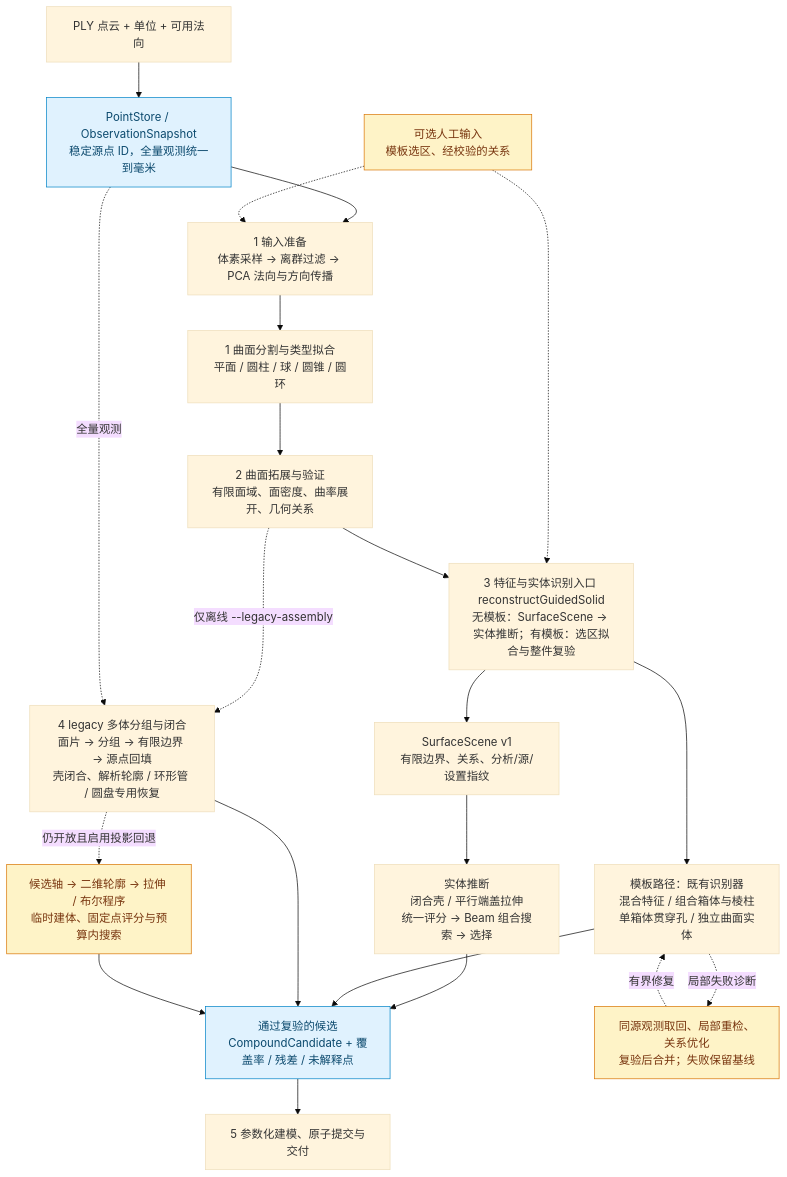
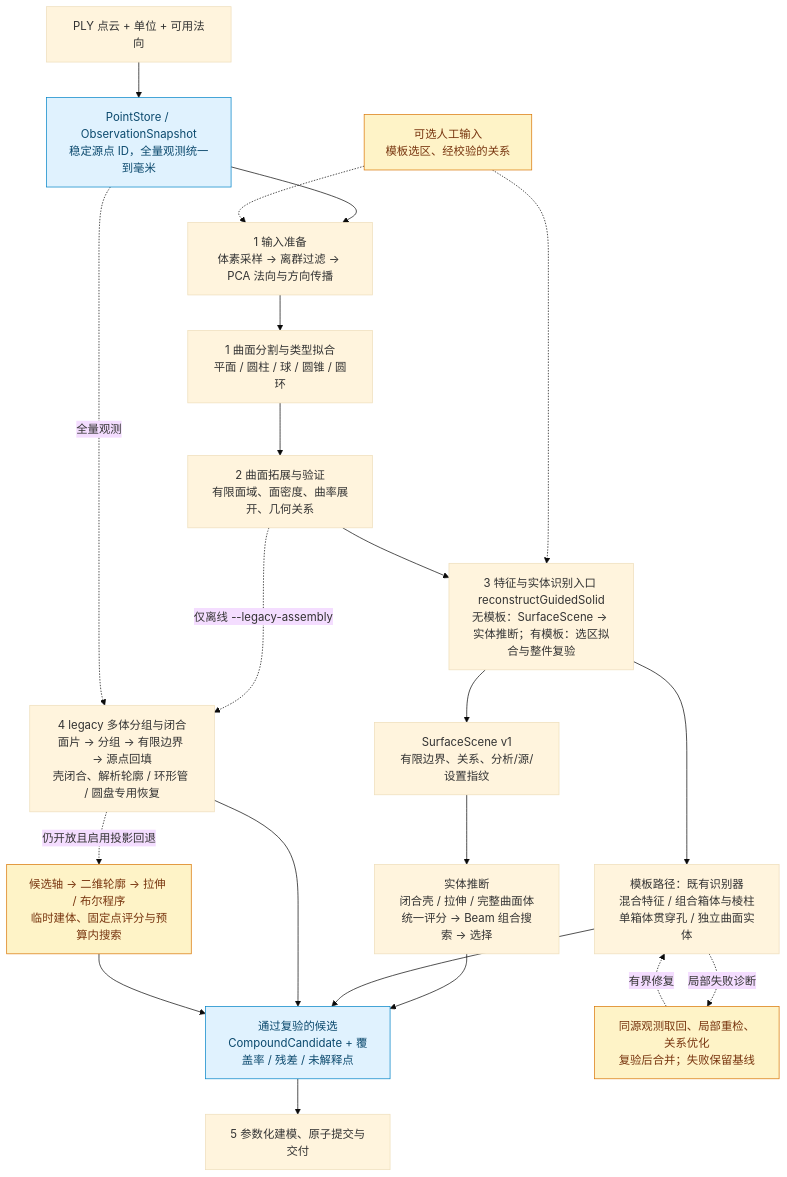
The third of 4 diagrams in docs/site/getting-started/introduction.md (ghhufue/Bochu-ParamCAD), drawn with Mermaid (base theme) before and after one commit. The commit also changed other lines of this file and 14 other files, not shown here.

````diff
--- a/docs/site/getting-started/introduction.md
+++ b/docs/site/getting-started/introduction.md
@@ -107,29 +107,29 @@
 ```mermaid
 flowchart TB
     PLY["PLY 点云 + 单位 + 可用法向"] --> SNAP["PointStore / ObservationSnapshot<br/>稳定源点 ID，全量观测统一到毫米"]
     SNAP --> PRE["1 输入准备<br/>体素采样 → 离群过滤 → PCA 法向与方向传播"]
     PRE --> ANALYSIS["1 曲面分割与类型拟合<br/>平面 / 圆柱 / 球 / 圆锥 / 圆环"]
     ANALYSIS --> SUPPORT["2 曲面拓展与验证<br/>有限面域、面密度、曲率展开、几何关系"]
     HINT["可选人工输入<br/>模板选区、经校验的关系"]
     HINT -.-> PRE
     HINT -.-> GUIDED
     SUPPORT --> GUIDED["3 特征与实体识别入口 reconstructGuidedSolid<br/>无模板：SurfaceScene → 实体推断；有模板：选区拟合与整件复验"]
     GUIDED --> SCENE["SurfaceScene v1<br/>有限边界、关系、分析/源/设置指纹"]
-    SCENE --> INFER["实体推断<br/>闭合壳 / 平行端盖拉伸<br/>统一评分 → Beam 组合搜索 → 选择"]
+    SCENE --> INFER["实体推断<br/>闭合壳 / 拉伸 / 完整曲面体<br/>统一评分 → Beam 组合搜索 → 选择"]
     INFER --> CANDIDATE["通过复验的候选<br/>CompoundCandidate + 覆盖率 / 残差 / 未解释点"]
     GUIDED --> RECOGNIZE["模板路径：既有识别器<br/>混合特征 / 组合箱体与棱柱<br/>单箱体贯穿孔 / 独立曲面实体"]
     RECOGNIZE -. "局部失败诊断" .-> REPAIR["同源观测取回、局部重检、关系优化<br/>复验后合并；失败保留基线"]
     REPAIR -. "有界修复" .-> RECOGNIZE
     RECOGNIZE --> CANDIDATE
     SUPPORT -. "仅离线 --legacy-assembly" .-> ASSEMBLY
     SNAP -. "全量观测" .-> ASSEMBLY
     ASSEMBLY["4 legacy 多体分组与闭合<br/>面片 → 分组 → 有限边界 → 源点回填<br/>壳闭合、解析轮廓 / 环形管 / 圆盘专用恢复"]
     ASSEMBLY --> CANDIDATE
     ASSEMBLY -. "仍开放且启用投影回退" .-> PROJECTION["候选轴 → 二维轮廓 → 拉伸 / 布尔程序<br/>临时建体、固定点评分与预算内搜索"]
     PROJECTION --> CANDIDATE
     CANDIDATE --> NEXT["5 参数化建模、原子提交与交付"]
     classDef interface fill:#e0f2fe,stroke:#0284c7,color:#0c4a6e
     classDef optional fill:#fef3c7,stroke:#d97706,color:#78350f
     class SNAP,CANDIDATE interface
     class HINT,REPAIR,PROJECTION optional
 ```
````
